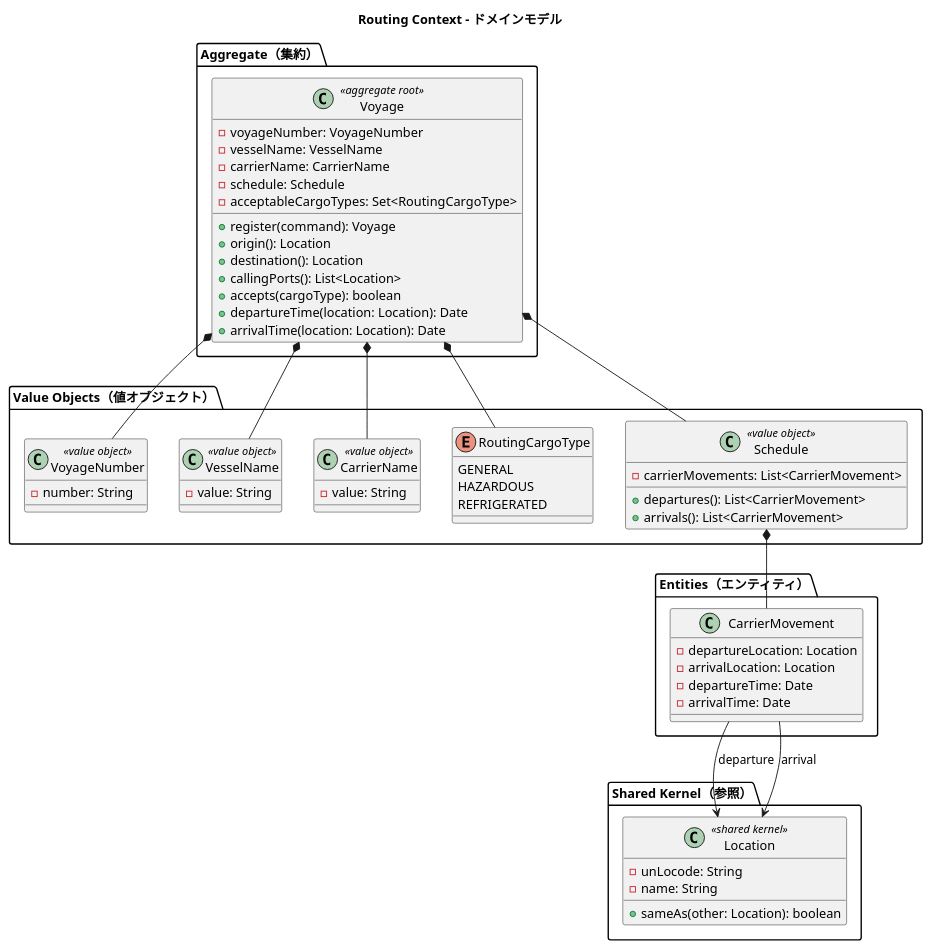
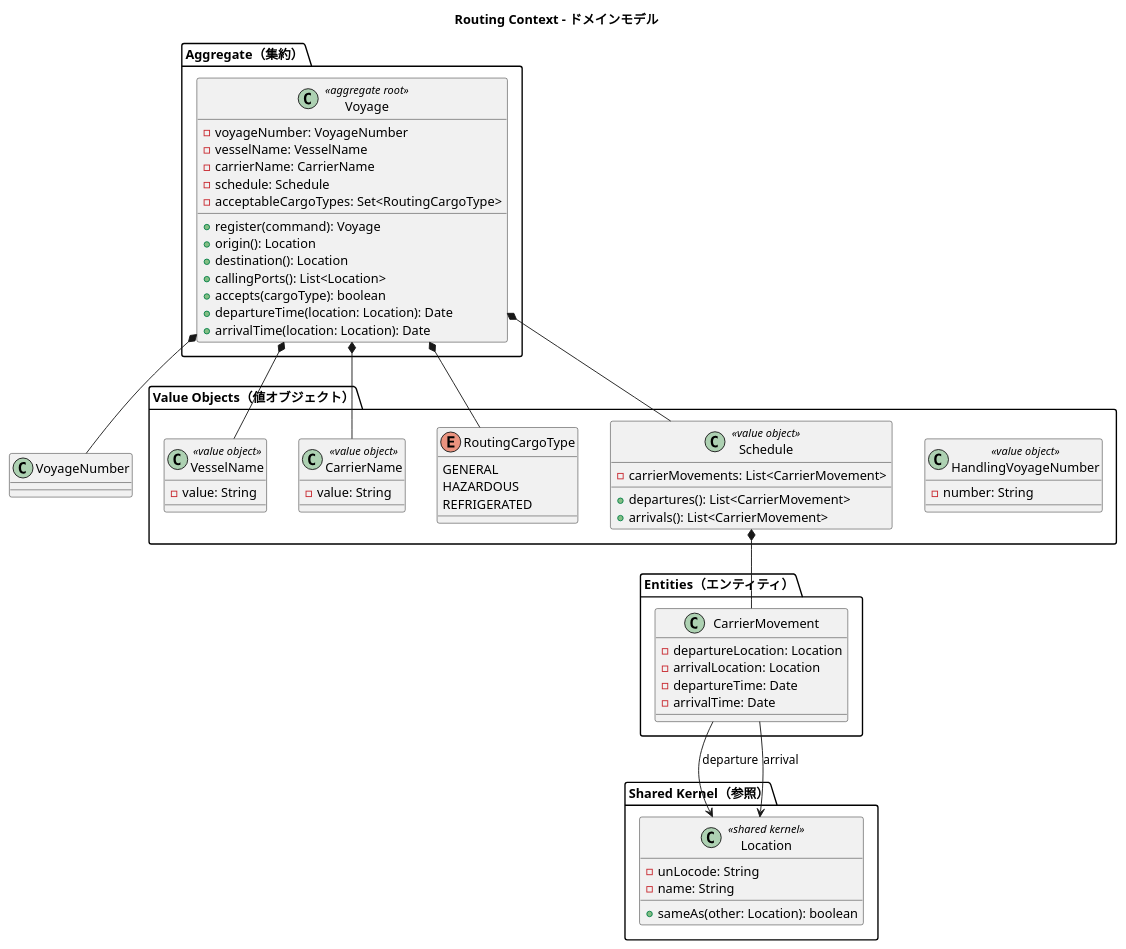
Before and after one commit to k2works/case-study-cargo-tracker: the fifth of 11 diagrams in docs/design/domain-model.md, drawn with PlantUML. The commit also changed other lines of this file and 3 other files, not shown here.

````diff
--- a/docs/design/domain-model.md
+++ b/docs/design/domain-model.md
@@ -549,71 +552,71 @@
 ```plantuml
 @startuml
 title Routing Context - ドメインモデル
 
 package "Aggregate（集約）" {
   class Voyage <<aggregate root>> {
     -voyageNumber: VoyageNumber
     -vesselName: VesselName
     -carrierName: CarrierName
     -schedule: Schedule
     -acceptableCargoTypes: Set<RoutingCargoType>
     +register(command): Voyage
     +origin(): Location
     +destination(): Location
     +callingPorts(): List<Location>
     +accepts(cargoType): boolean
     +departureTime(location: Location): Date
     +arrivalTime(location: Location): Date
   }
 }
 
 package "Value Objects（値オブジェクト）" {
-  class VoyageNumber <<value object>> {
+  class HandlingVoyageNumber <<value object>> {
     -number: String
   }
   class VesselName <<value object>> {
     -value: String
   }
   class CarrierName <<value object>> {
     -value: String
   }
   enum RoutingCargoType {
     GENERAL
     HAZARDOUS
     REFRIGERATED
   }
   class Schedule <<value object>> {
     -carrierMovements: List<CarrierMovement>
     +departures(): List<CarrierMovement>
     +arrivals(): List<CarrierMovement>
   }
 }
 
 package "Entities（エンティティ）" {
   class CarrierMovement {
     -departureLocation: Location
     -arrivalLocation: Location
     -departureTime: Date
     -arrivalTime: Date
   }
 }
 
 package "Shared Kernel（参照）" {
   class Location <<shared kernel>> {
     -unLocode: String
     -name: String
     +sameAs(other: Location): boolean
   }
 }
 
 Voyage *-- VoyageNumber
 Voyage *-- VesselName
 Voyage *-- CarrierName
 Voyage *-- RoutingCargoType
 Voyage *-- Schedule
 Schedule *-- CarrierMovement
 CarrierMovement --> Location : departure
 CarrierMovement --> Location : arrival
 
 @enduml
 ```
````
